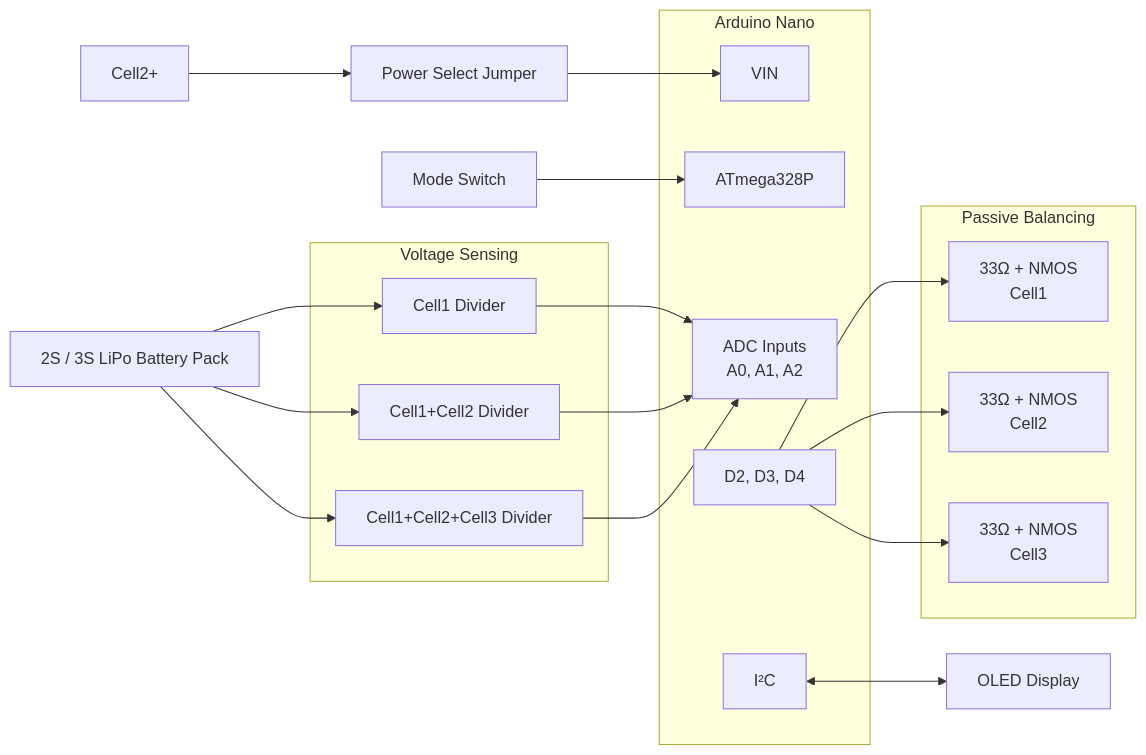
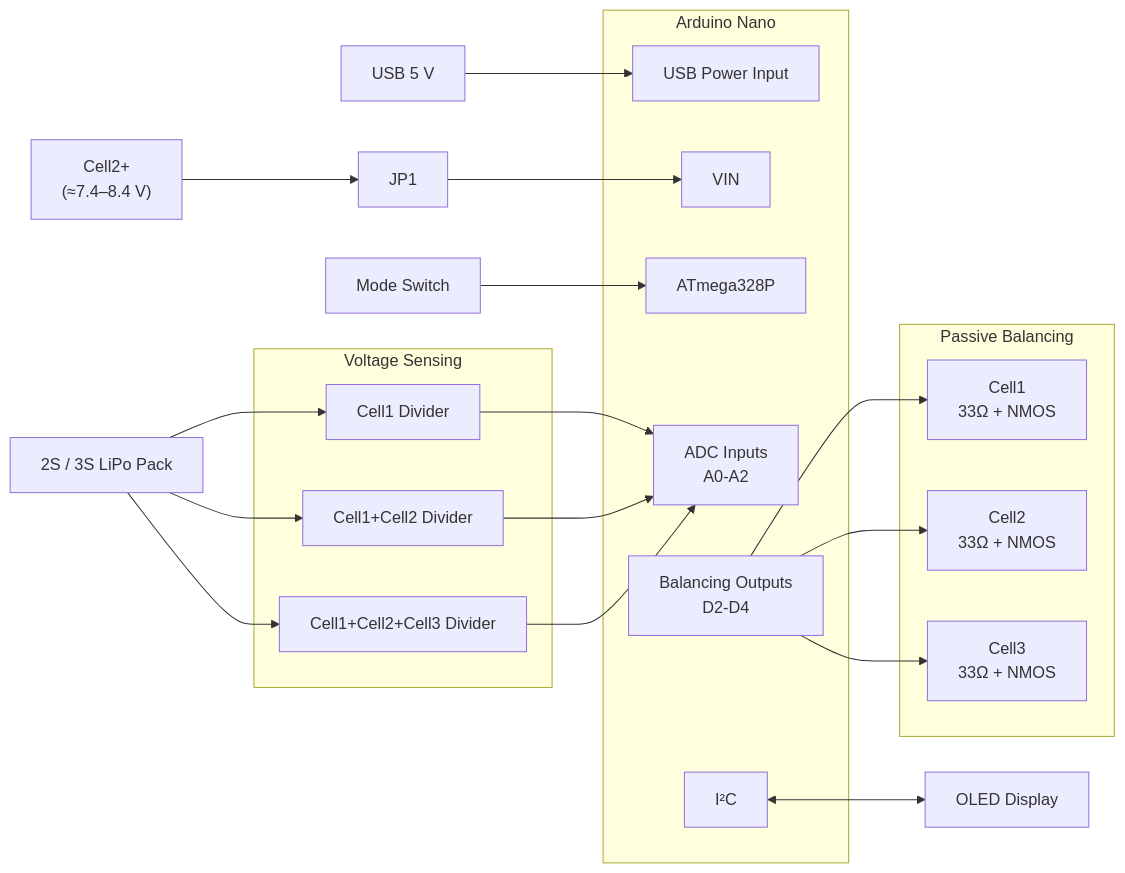
Before and after one commit to taguko/passive-lipo-balancer-nano: the first of 3 diagrams in README.md, drawn with Mermaid. The commit also changed other lines of this file, not shown here.

````diff
--- a/README.md
+++ b/README.md
@@ -42,55 +44,58 @@
 ```mermaid
 flowchart LR
 
-    Battery["2S / 3S LiPo Battery Pack"]
+    USB["USB 5 V"]
 
-    Cell2["Cell2+"]
+    Battery["2S / 3S LiPo Pack"]
+    Cell2["Cell2+<br/>(≈7.4–8.4 V)"]
 
-    JP1["Power Select Jumper"]
+    JP1["JP1"]
 
-    subgraph Arduino["Arduino Nano"]
+    subgraph Nano["Arduino Nano"]
+        USB5V["USB Power Input"]
         VIN["VIN"]
 
         MCU["ATmega328P"]
 
-        ADC["ADC Inputs<br/>A0, A1, A2"]
+        ADC["ADC Inputs<br/>A0-A2"]
 
-        CTRL["D2, D3, D4"]
+        CTRL["Balancing Outputs<br/>D2-D4"]
 
         I2C["I²C"]
     end
 
     subgraph Sense["Voltage Sensing"]
-        VS1["Cell1 Divider"]
-        VS2["Cell1+Cell2 Divider"]
-        VS3["Cell1+Cell2+Cell3 Divider"]
+        V1["Cell1 Divider"]
+        V2["Cell1+Cell2 Divider"]
+        V3["Cell1+Cell2+Cell3 Divider"]
     end
 
     subgraph Balance["Passive Balancing"]
-        B1["33Ω + NMOS<br/>Cell1"]
-        B2["33Ω + NMOS<br/>Cell2"]
-        B3["33Ω + NMOS<br/>Cell3"]
+        B1["Cell1<br/>33Ω + NMOS"]
+        B2["Cell2<br/>33Ω + NMOS"]
+        B3["Cell3<br/>33Ω + NMOS"]
     end
 
     OLED["OLED Display"]
     SW["Mode Switch"]
 
-    Battery --> VS1
-    Battery --> VS2
-    Battery --> VS3
+    USB --> USB5V
 
-    VS1 --> ADC
-    VS2 --> ADC
-    VS3 --> ADC
+    Cell2 --> JP1
+    JP1 --> VIN
+
+    Battery --> V1
+    Battery --> V2
+    Battery --> V3
+
+    V1 --> ADC
+    V2 --> ADC
+    V3 --> ADC
 
     CTRL --> B1
     CTRL --> B2
     CTRL --> B3
 
     I2C <--> OLED
-
     SW --> MCU
-
-    Cell2 --> JP1
-    JP1 --> VIN
 ```
````
